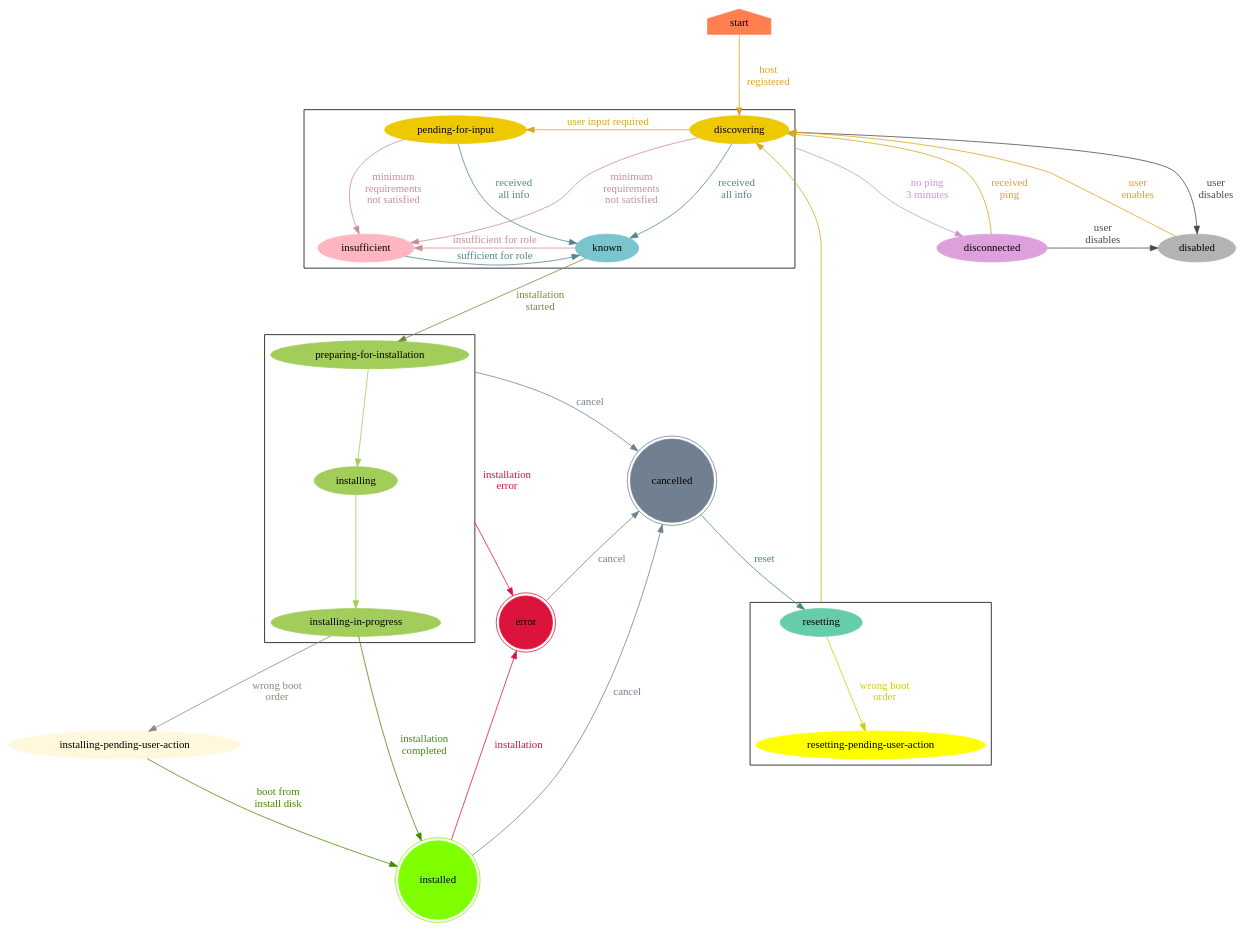
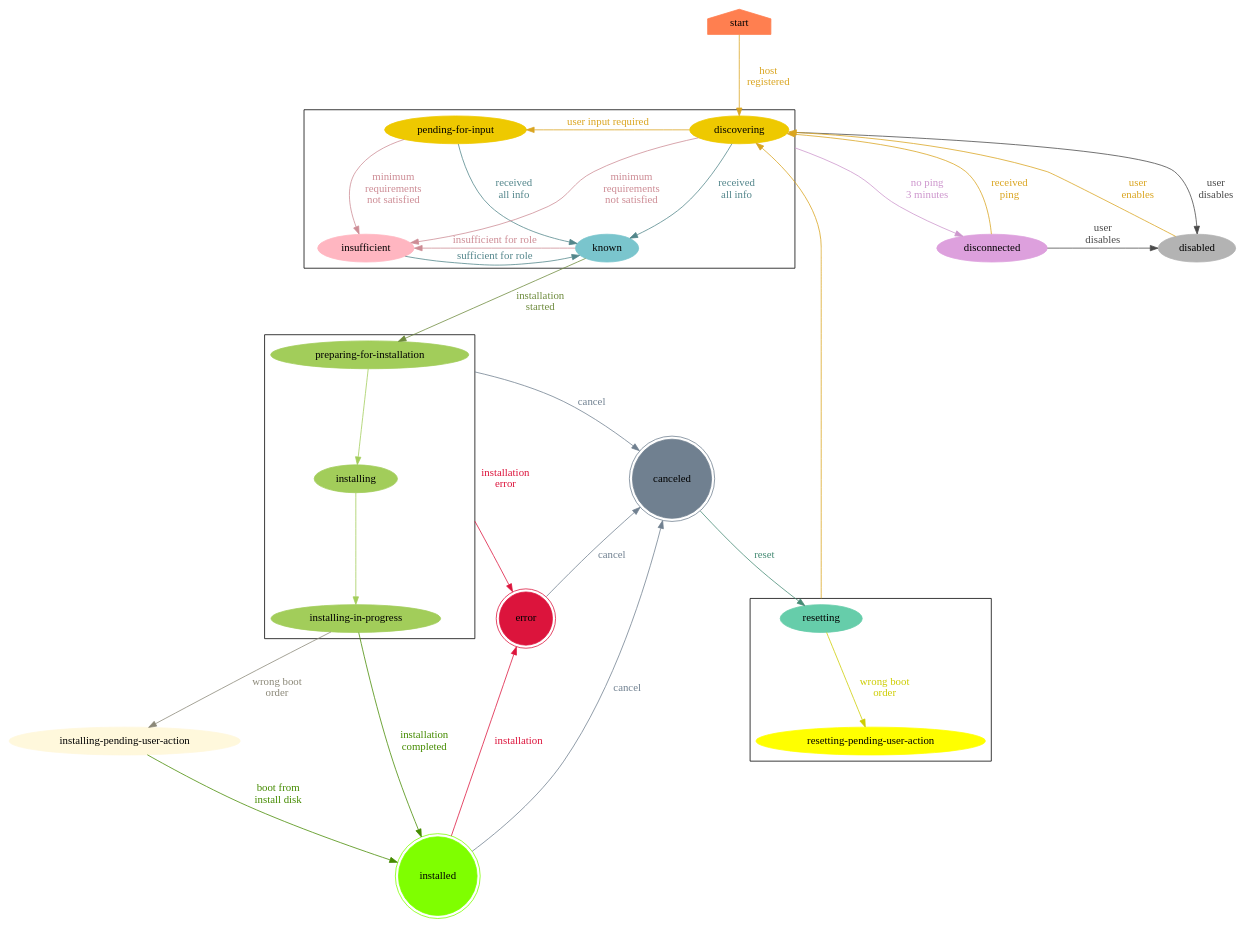
Before and after one commit to openshift/assisted-service: the diagram in docs/HostStatus.dot, drawn with Graphviz. The commit also changed 20 other files, not shown here.

```diff
--- a/docs/HostStatus.dot
+++ b/docs/HostStatus.dot
@@ -1,77 +1,77 @@
 digraph HostStateMachine {
     graph [nodesep = "1.0", ranksep = "1.0"];
     node [style = filled];
     compound = true;
     newrank = false;
 
     start [shape = house, color = coral];
     subgraph cluster_level1 {
         "pending-for-input" [color = gold2]
         discovering [color = gold2];
         known [color = cadetblue3];
         insufficient [color = lightpink];
     }
     disconnected [color = plum];
     disabled [color = grey70];
     subgraph cluster_level2 {
         "preparing-for-installation" [color = darkolivegreen3];
         installing [color = darkolivegreen3];
         "installing-in-progress" [color = darkolivegreen3]
     }
     "installing-pending-user-action" [color = cornsilk]
     installed [shape = doublecircle, color = chartreuse];
     error [shape = doublecircle, color = crimson];
-    cancelled [shape = doublecircle, color = slategray];
+    canceled [shape = doublecircle, color = slategray];
     subgraph cluster_level3 {
         resetting [color = aquamarine3]
         "resetting-pending-user-action" [color = yellow]
     }
 
     start -> discovering [label = "host\nregistered", color=goldenrod, fontcolor=goldenrod];
 
     discovering -> disconnected [label = "no ping\n3 minutes", color=plum3, fontcolor=plum3, ltail = cluster_level1];
     discovering -> "pending-for-input" [label = "user input required", color=goldenrod, fontcolor=goldenrod];
     discovering -> known [label = "received\nall info", color=cadetblue4, fontcolor=cadetblue4];
     discovering -> insufficient [label = "minimum\nrequirements\nnot satisfied", color=lightpink3, fontcolor=lightpink3];
     discovering -> disabled [label = "user\ndisables", color=grey29, fontcolor=grey29, ltail = cluster_level1];
 
     "pending-for-input" -> known [label = "received\nall info", color=cadetblue4, fontcolor=cadetblue4];
     "pending-for-input" -> insufficient [label = "minimum\nrequirements\nnot satisfied", color=lightpink3, fontcolor=lightpink3];
 
     known -> "preparing-for-installation" [label = "installation\nstarted", color=darkolivegreen4, fontcolor=darkolivegreen4];
     known -> insufficient [label = "insufficient for role", color=lightpink3, fontcolor=lightpink3];
 
     disconnected -> discovering [label = "received\nping", color=goldenrod, fontcolor=goldenrod];
     disconnected -> disabled [label = "user\ndisables", color=grey29, fontcolor=grey29];
 
     disabled -> discovering [label = "user\nenables", color=goldenrod, fontcolor=goldenrod];
 
     insufficient -> known [label = "sufficient for role", color=cadetblue4, fontcolor=cadetblue4];
 
     "preparing-for-installation" -> installing [color=darkolivegreen3];
     "preparing-for-installation" -> error [label = "installation\nerror", color=crimson, fontcolor=crimson, ltail = cluster_level2];
-    "preparing-for-installation" -> cancelled [label = "cancel", color=slategray, fontcolor=slategray, ltail = cluster_level2];
+    "preparing-for-installation" -> canceled [label = "cancel", color=slategray, fontcolor=slategray, ltail = cluster_level2];
 
     installing -> "installing-in-progress" [color=darkolivegreen3];
 
     "installing-in-progress" -> installed [label = "installation\ncompleted", color=chartreuse4, fontcolor=chartreuse4];
     "installing-in-progress" -> "installing-pending-user-action" [label = "wrong boot\norder", color=cornsilk4, fontcolor=cornsilk4];
 
     "installing-pending-user-action" -> installed [label = "boot from\ninstall disk", color=chartreuse4, fontcolor=chartreuse4];
 
-    cancelled -> resetting [label = "reset", color=aquamarine4, fontcolor=aquamarine4];
+    canceled -> resetting [label = "reset", color=aquamarine4, fontcolor=aquamarine4];
 
     resetting -> discovering [color=goldenrod, fontcolor=goldenrod, ltail = cluster_level3];
     resetting -> "resetting-pending-user-action" [label = "wrong boot\norder", color=yellow3, fontcolor=yellow3];
  
     installed -> error [label = "installation", color=crimson, fontcolor=crimson, ltail = cluster_level2];
-    installed-> cancelled [label = "cancel", color=slategray, fontcolor=slategray, ltail = cluster_level2];
+    installed-> canceled [label = "cancel", color=slategray, fontcolor=slategray, ltail = cluster_level2];
 
-    error -> cancelled [label = "cancel", color=slategray, fontcolor=slategray, ltail = cluster_level2];
+    error -> canceled [label = "cancel", color=slategray, fontcolor=slategray, ltail = cluster_level2];
 
     {rank=min; start}
     {rank=max; installed}
     {rank=same; disconnected; disabled}
     {rank=same; "pending-for-input"; discovering}
     {rank=same; insufficient; known}
 }
```
